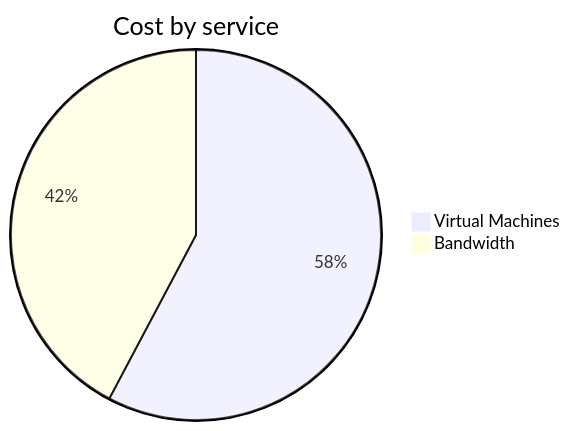
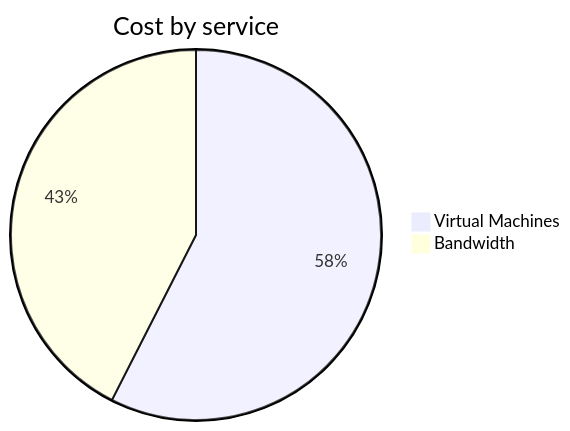
The second of 4 diagrams in cost-reports/personal-network/vpn-server.md (jpfulton/azure-personal-reports), drawn with Mermaid before and after one commit. The commit also changed other lines of this file and 8 other files, not shown here.

````diff
--- a/cost-reports/personal-network/vpn-server.md
+++ b/cost-reports/personal-network/vpn-server.md
@@ -96,6 +96,6 @@
 ```mermaid
 pie
    title Cost by service
-   "Virtual Machines" : 4.17
-   "Bandwidth" : 3.05
+   "Virtual Machines" : 4.37
+   "Bandwidth" : 3.23
 ```
````
